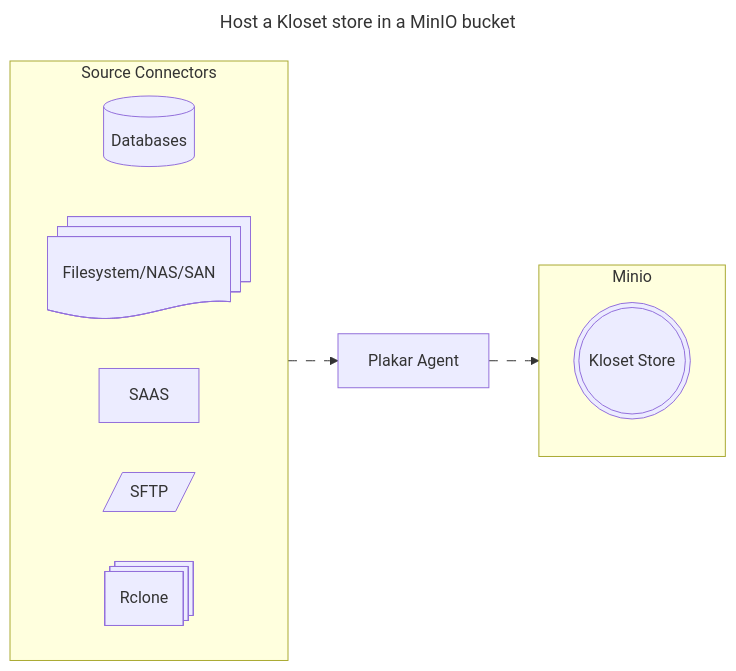
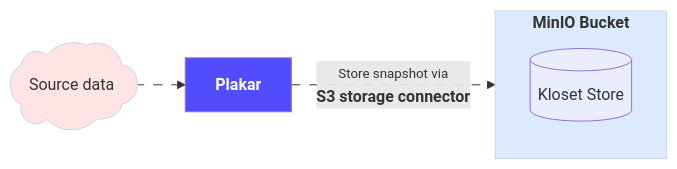
One commit to PlakarKorp/plakar.io changed the first of 3 diagrams in content/docs/v1.0.6/integrations/minio/index.md. Above: the diagram before and after it, drawn with Mermaid. The commit also changed other lines of this file, not shown here.

Commit message:
minio: improve doc

```diff
--- a/content/docs/v1.0.6/integrations/minio/index.md
+++ b/content/docs/v1.0.6/integrations/minio/index.md
@@ -147,23 +115,24 @@
 {{< mermaid >}}
----
-title: Host a Kloset store in a MinIO bucket
----
 flowchart LR
-    subgraph Sources[Source Connectors]
-        direction LR
-        DB1[(Databases)]
-        FILES@{ shape: docs, label: "Filesystem/NAS/SAN" }
-        SAAS[SAAS]
-        SFTP[/SFTP/]
-        RCLONE@{ shape: st-rect, label: "Rclone" }
-    end
-    Sources e1@--> Plakar[Plakar Agent]
-    subgraph Minio
-        direction TB
-        Kloset(((Kloset Store)))
-    end
-    Plakar e2@--> Minio
-    classDef animate stroke-dasharray: 9,5,stroke-dashoffset: 900,animation: dash 25s linear infinite;
-    class e1 animate
-    class e2 animate
+
+Source@{ shape: cloud, label: "Source data" }
+
+Source --> Plakar[<b>Plakar</b>]
+
+subgraph Store[<b>MinIO Bucket</b>]
+  Kloset@{ shape: cyl, label: "Kloset Store" }
+end
+
+Plakar -- <small>Store snapshot via</small><br><b>S3 storage connector</b> --> Store
+%% Apply classes
+class Source sourceBox
+class Plakar brandBox
+class Store storeBox
+
+%% Classes definitions
+classDef sourceBox fill:#ffe4e6,stroke:#cad5e2,stroke-width:1px
+classDef brandBox fill:#524cff,color:#ffffff
+classDef storeBox fill:#dbeafe,stroke:#cad5e2,stroke-width:1px
+
+linkStyle default stroke-dasharray: 9,5,stroke-dashoffset: 900,animation: dash 25s linear infinite;
 {{< /mermaid >}}
```
